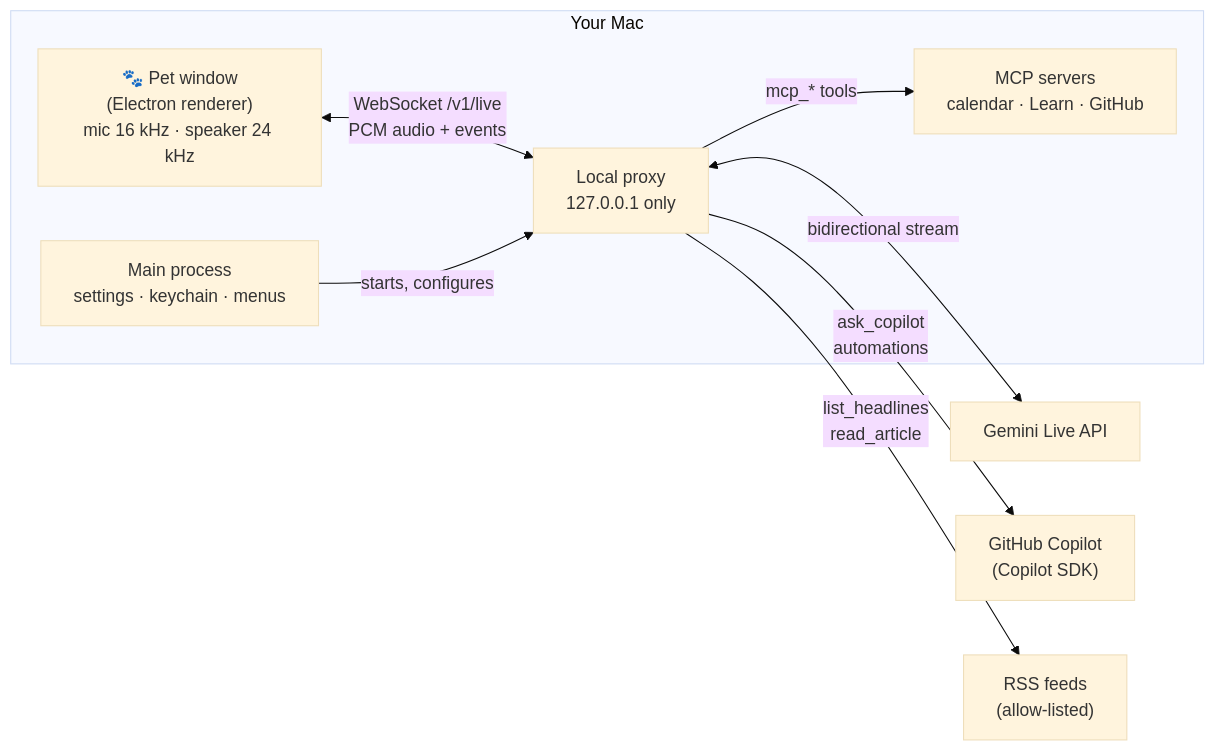
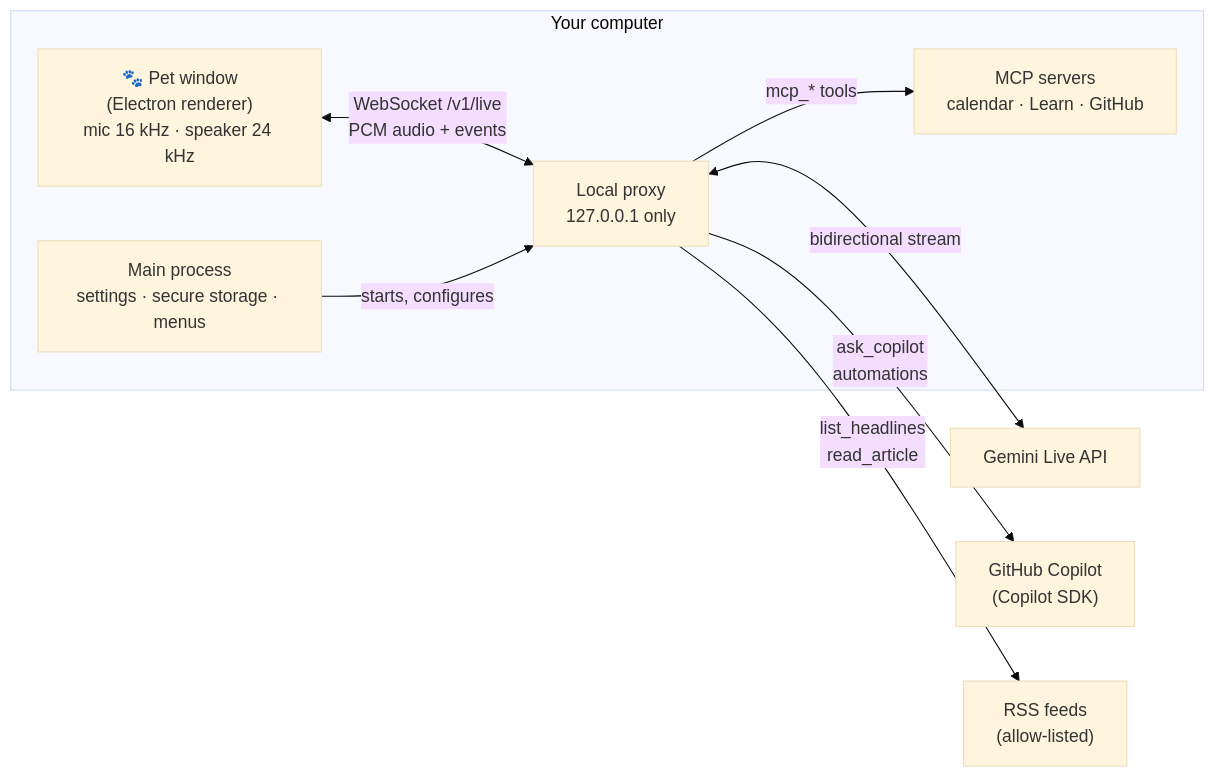
Before and after one commit to himiyosh/tonarin: the diagram in README.md, drawn with Mermaid (base theme). The commit also changed other lines of this file and 4 other files, not shown here.

````diff
--- a/README.md
+++ b/README.md
@@ -117,19 +139,19 @@
 ```mermaid
 flowchart LR
-  subgraph Mac["Your Mac"]
+  subgraph Computer["Your computer"]
     Pet["🐾 Pet window<br/>(Electron renderer)<br/>mic 16 kHz · speaker 24 kHz"]
-    Main["Main process<br/>settings · keychain · menus"]
+    Main["Main process<br/>settings · secure storage · menus"]
     Proxy["Local proxy<br/>127.0.0.1 only"]
     MCP["MCP servers<br/>calendar · Learn · GitHub"]
   end
   Gemini["Gemini Live API"]
   Copilot["GitHub Copilot<br/>(Copilot SDK)"]
   Feeds["RSS feeds<br/>(allow-listed)"]
 
   Pet <-- "WebSocket /v1/live<br/>PCM audio + events" --> Proxy
   Main -- "starts, configures" --> Proxy
   Proxy <-- "bidirectional stream" --> Gemini
   Proxy -- "ask_copilot<br/>automations" --> Copilot
   Proxy -- "list_headlines<br/>read_article" --> Feeds
   Proxy -- "mcp_* tools" --> MCP
 ```
````
